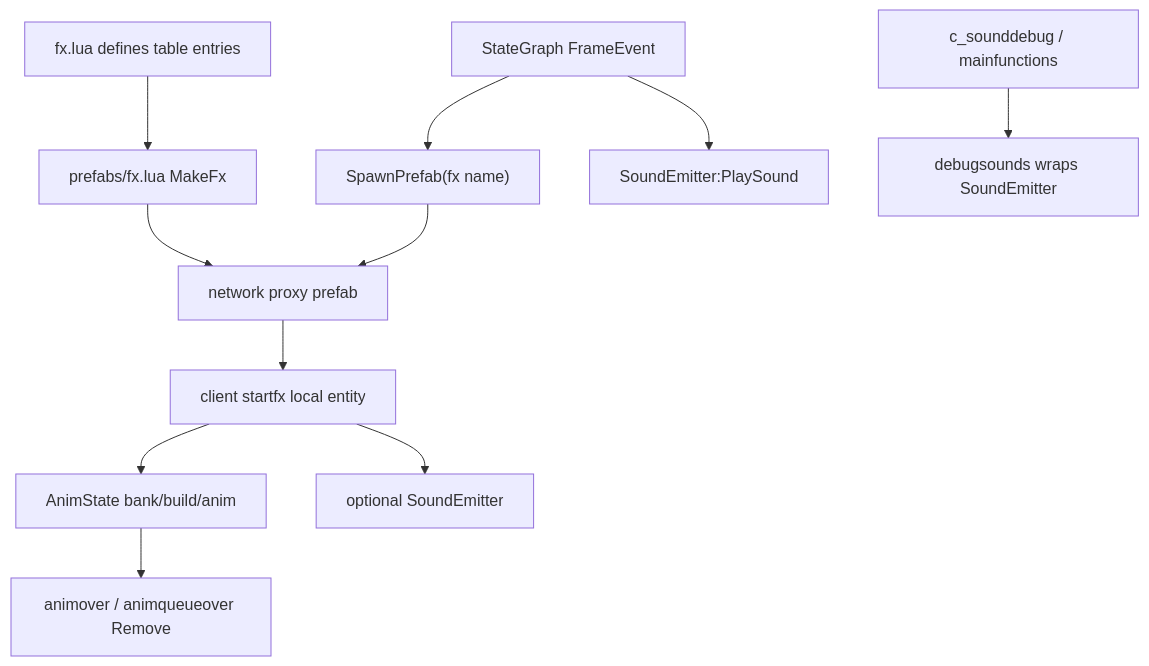
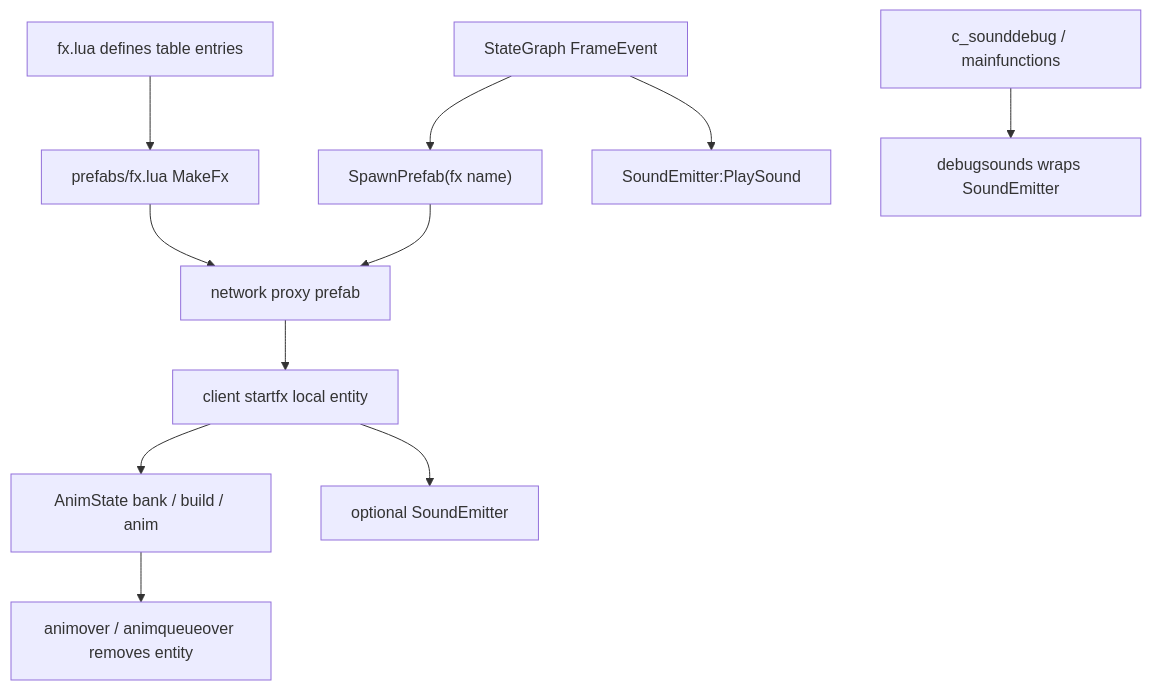
One commit to LetsStarveTogether/dst-server changed the diagram in dst-scripts/index/0x7000-frontend-data-tools/0x7200-data-media-tools/0x7203-media-fx-audio.md. Above: the diagram before and after it, drawn with Mermaid. The commit also changed other lines of this file and 83 other files, not shown here.

```diff
--- a/dst-scripts/index/0x7000-frontend-data-tools/0x7200-data-media-tools/0x7203-media-fx-audio.md
+++ b/dst-scripts/index/0x7000-frontend-data-tools/0x7200-data-media-tools/0x7203-media-fx-audio.md
@@ -43,16 +42,16 @@
 ~~~mermaid
 flowchart TD
     A["fx.lua defines table entries"]
     A --> B["prefabs/fx.lua MakeFx"]
     B --> C["network proxy prefab"]
     C --> D["client startfx local entity"]
-    D --> E["AnimState bank/build/anim"]
+    D --> E["AnimState bank / build / anim"]
     D --> F["optional SoundEmitter"]
-    E --> G["animover / animqueueover Remove"]
+    E --> G["animover / animqueueover removes entity"]
     H["StateGraph FrameEvent"]
     H --> I["SpawnPrefab(fx name)"]
     H --> J["SoundEmitter:PlaySound"]
     I --> C
     K["c_sounddebug / mainfunctions"]
     K --> L["debugsounds wraps SoundEmitter"]
 ~~~
```
